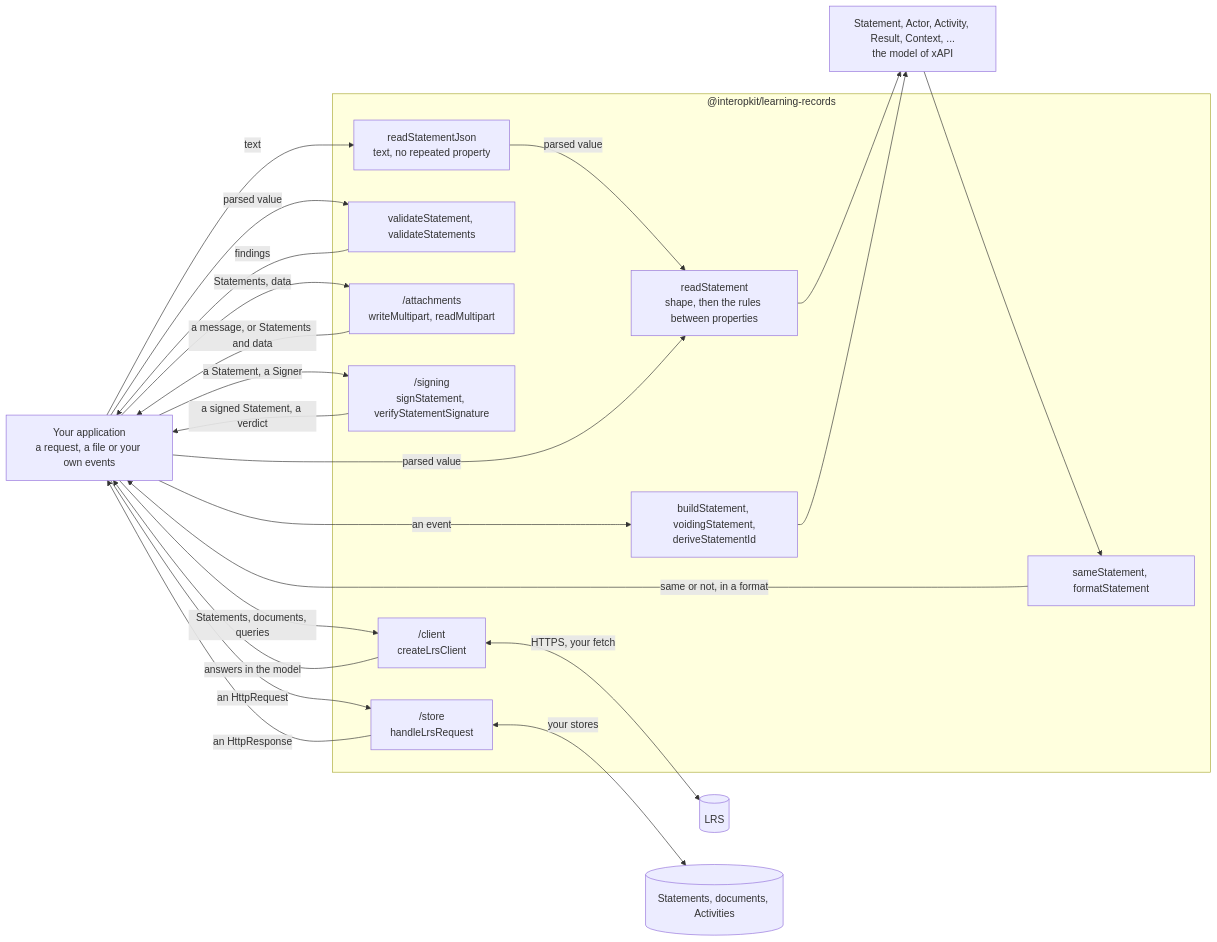
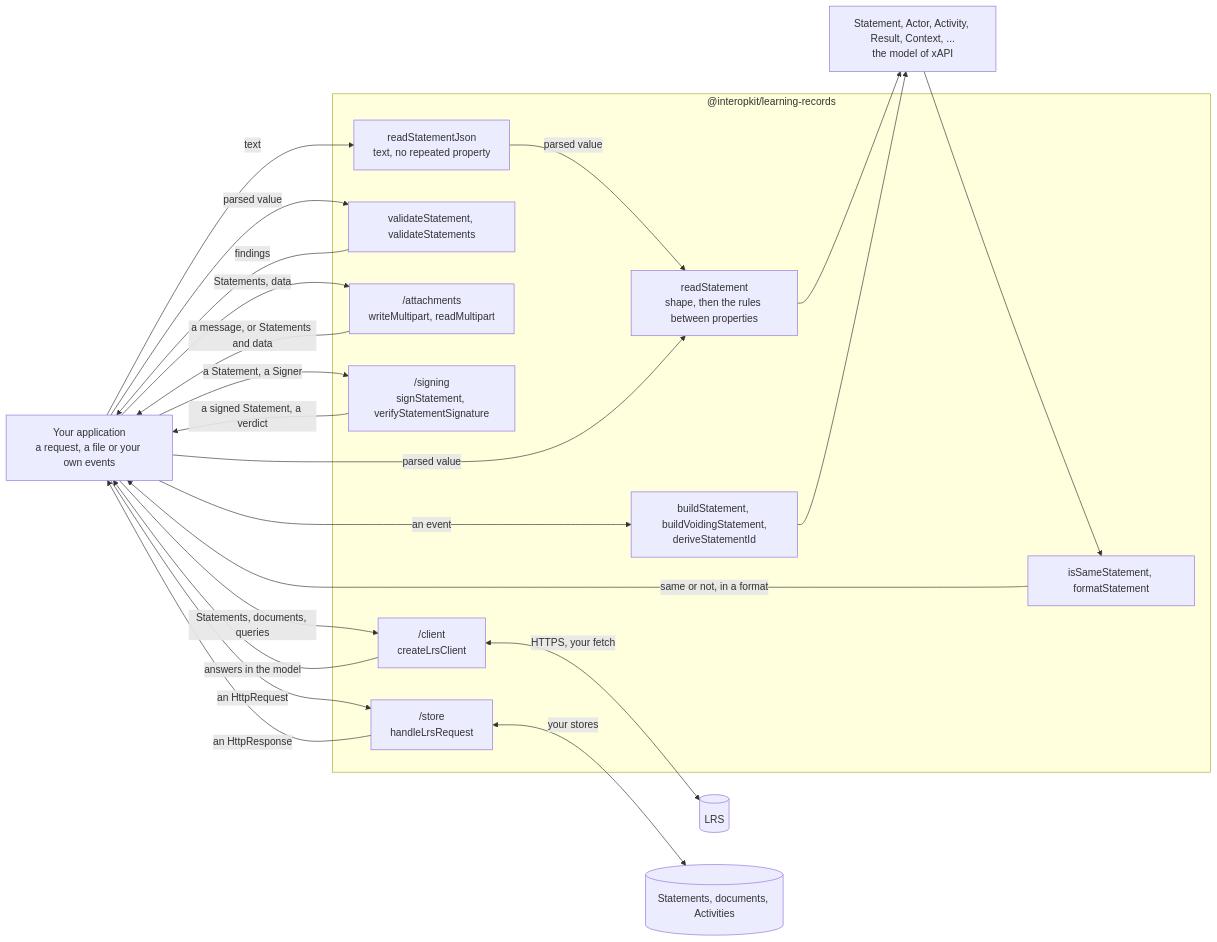
The diagram in packages/learning-records/README.md (interopkit/interopkit), drawn with Mermaid before and after one commit. The commit also changed other lines of this file and 368 other files, not shown here.

````diff
--- a/packages/learning-records/README.md
+++ b/packages/learning-records/README.md
@@ -9,36 +9,36 @@
 ```mermaid
 flowchart LR
   host["Your application<br/>a request, a file or your own events"]
   subgraph pkg["@interopkit/learning-records"]
     json["readStatementJson<br/>text, no repeated property"]
     read["readStatement<br/>shape, then the rules between properties"]
     validate["validateStatement, validateStatements"]
-    build["buildStatement, voidingStatement,<br/>deriveStatementId"]
-    compare["sameStatement, formatStatement"]
+    build["buildStatement, buildVoidingStatement,<br/>deriveStatementId"]
+    compare["isSameStatement, formatStatement"]
     attachments["/attachments<br/>writeMultipart, readMultipart"]
     signing["/signing<br/>signStatement, verifyStatementSignature"]
     client["/client<br/>createLrsClient"]
     store["/store<br/>handleLrsRequest"]
   end
   model["Statement, Actor, Activity, Result, Context, ...<br/>the model of xAPI"]
   host -->|"text"| json
   json -->|"parsed value"| read
   host -->|"parsed value"| read
   read --> model
   host -->|"parsed value"| validate
   validate -->|"findings"| host
   host -->|"an event"| build
   build --> model
   model --> compare
   compare -->|"same or not, in a format"| host
   host -->|"Statements, data"| attachments
   attachments -->|"a message, or Statements and data"| host
   host -->|"a Statement, a Signer"| signing
   signing -->|"a signed Statement, a verdict"| host
   host -->|"Statements, documents, queries"| client
   client -->|"answers in the model"| host
   client <-->|"HTTPS, your fetch"| lrs[("LRS")]
   host -->|"an HttpRequest"| store
   store -->|"an HttpResponse"| host
   store <-->|"your stores"| ports[("Statements, documents, Activities")]
 ```
````
